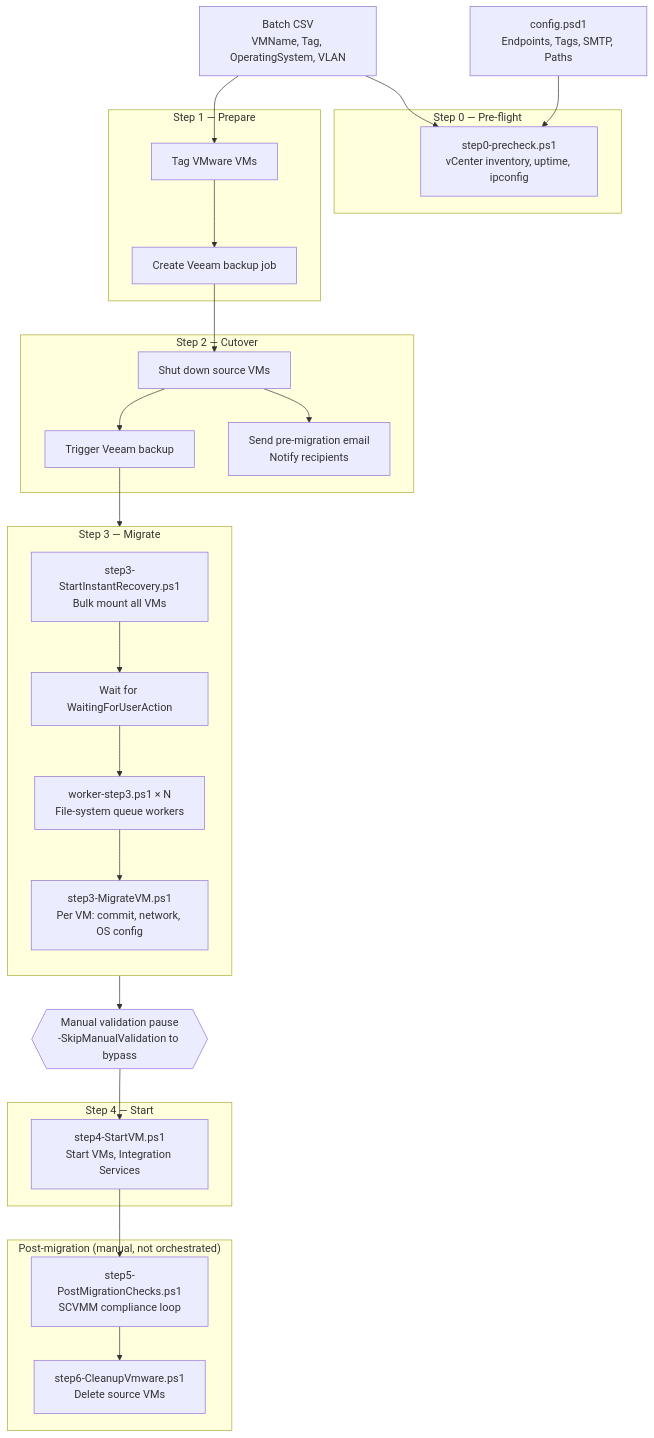
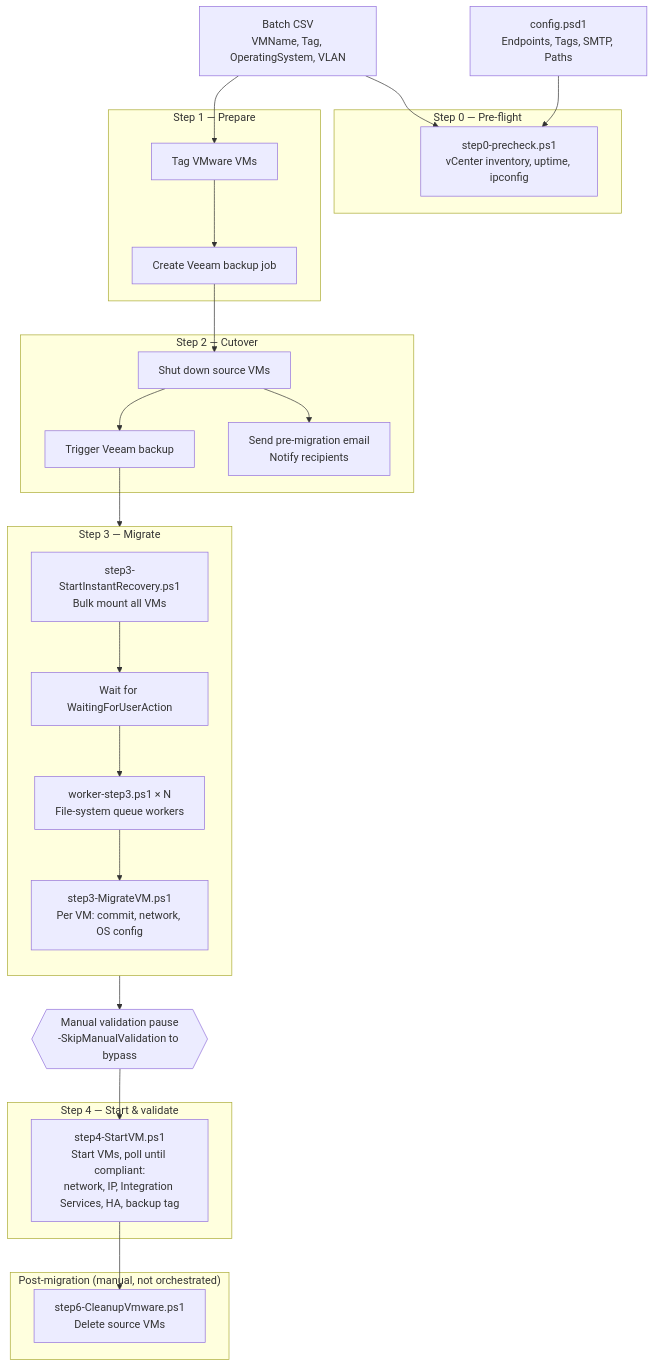
Before and after one commit to happyvm/vmware2hyperv: the first of 2 diagrams in README.md, drawn with Mermaid. The commit also changed other lines of this file and 10 other files, not shown here.

````diff
--- a/README.md
+++ b/README.md
@@ -30,55 +30,53 @@
 ```mermaid
 flowchart TD
     CSV[Batch CSV\nVMName, Tag, OperatingSystem, VLAN]
     CFG[config.psd1\nEndpoints, Tags, SMTP, Paths]
 
     subgraph STEP0["Step 0 — Pre-flight"]
         PRECHECK[step0-precheck.ps1\nvCenter inventory, uptime, ipconfig]
     end
 
     subgraph STEP1["Step 1 — Prepare"]
         TAG[Tag VMware VMs]
         VEEAMJOB[Create Veeam backup job]
     end
 
     subgraph STEP2["Step 2 — Cutover"]
         SHUTDOWN[Shut down source VMs]
         BACKUP[Trigger Veeam backup]
         MAIL[Send pre-migration email\nNotify recipients]
     end
 
     subgraph STEP3["Step 3 — Migrate"]
         direction TB
         BULKIR[step3-StartInstantRecovery.ps1\nBulk mount all VMs]
         WAIT[Wait for WaitingForUserAction]
         WORKER[worker-step3.ps1 × N\nFile-system queue workers]
         MIGRATE[step3-MigrateVM.ps1\nPer VM: commit, network, OS config]
     end
 
     PAUSE{{Manual validation pause\n-SkipManualValidation to bypass}}
 
-    subgraph STEP4["Step 4 — Start"]
-        STARTVM[step4-StartVM.ps1\nStart VMs, Integration Services]
+    subgraph STEP4["Step 4 — Start & validate"]
+        STARTVM[step4-StartVM.ps1\nStart VMs, poll until compliant:\nnetwork, IP, Integration Services, HA, backup tag]
     end
 
     subgraph POST["Post-migration (manual, not orchestrated)"]
-        CHECKS[step5-PostMigrationChecks.ps1\nSCVMM compliance loop]
         CLEANUP[step6-CleanupVmware.ps1\nDelete source VMs]
     end
 
     CSV --> PRECHECK
     CFG --> PRECHECK
     CSV --> TAG
     TAG --> VEEAMJOB
     VEEAMJOB --> SHUTDOWN
     SHUTDOWN --> BACKUP
     SHUTDOWN --> MAIL
     BACKUP --> BULKIR
     BULKIR --> WAIT
     WAIT --> WORKER
     WORKER --> MIGRATE
     MIGRATE --> PAUSE
     PAUSE --> STARTVM
-    STARTVM --> CHECKS
-    CHECKS --> CLEANUP
+    STARTVM --> CLEANUP
 ```
````
